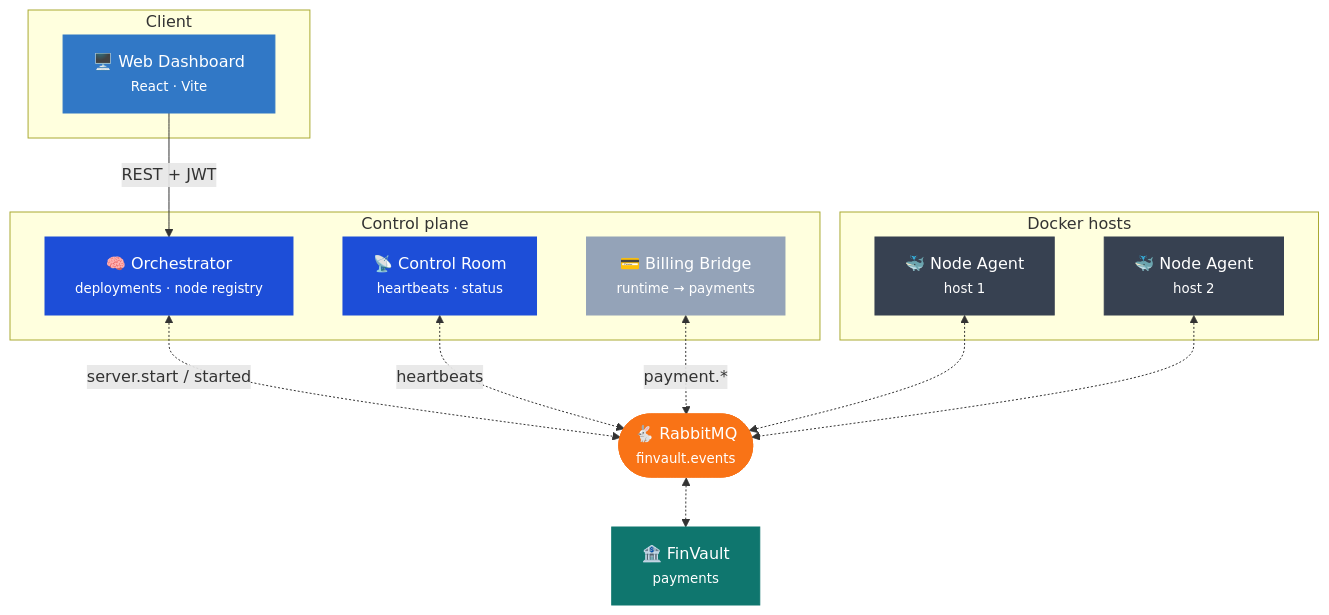
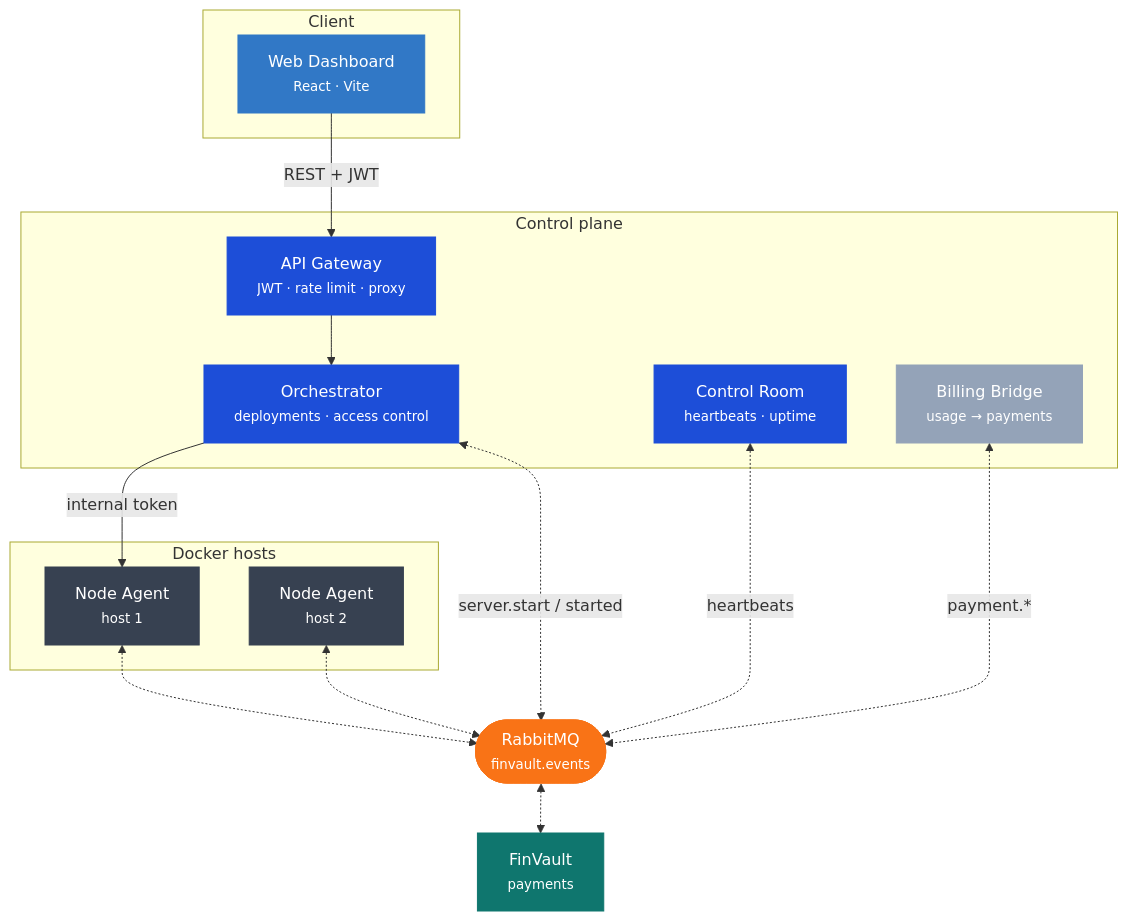
The first of 3 diagrams in README.md (Tombomeke-Studios/NexusInfra), drawn with Mermaid before and after one commit. The commit also changed other lines of this file, not shown here.

````diff
--- a/README.md
+++ b/README.md
@@ -86,37 +129,41 @@
 ```mermaid
 graph TB
     subgraph Client
-        WEB["🖥️ Web Dashboard<br/><small>React · Vite</small>"]
+        WEB["Web Dashboard<br/><small>React · Vite</small>"]
     end
 
     subgraph "Control plane"
-        ORCH["🧠 Orchestrator<br/><small>deployments · node registry</small>"]
-        MON["📡 Control Room<br/><small>heartbeats · status</small>"]
-        BILL["💳 Billing Bridge<br/><small>runtime → payments</small>"]
+        GW["API Gateway<br/><small>JWT · rate limit · proxy</small>"]
+        ORCH["Orchestrator<br/><small>deployments · access control</small>"]
+        MON["Control Room<br/><small>heartbeats · uptime</small>"]
+        BILL["Billing Bridge<br/><small>usage → payments</small>"]
     end
 
     subgraph "Docker hosts"
-        N1["🐳 Node Agent<br/><small>host 1</small>"]
-        N2["🐳 Node Agent<br/><small>host 2</small>"]
+        N1["Node Agent<br/><small>host 1</small>"]
+        N2["Node Agent<br/><small>host 2</small>"]
     end
 
-    RMQ(["🐇 RabbitMQ<br/><small>finvault.events</small>"])
-    FV["🏦 FinVault<br/><small>payments</small>"]
+    RMQ(["RabbitMQ<br/><small>finvault.events</small>"])
+    FV["FinVault<br/><small>payments</small>"]
 
-    WEB -->|REST + JWT| ORCH
+    WEB -->|REST + JWT| GW
+    GW --> ORCH
+    ORCH -->|internal token| N1
     ORCH <-.->|server.start / started| RMQ
     MON <-.->|heartbeats| RMQ
     BILL <-.->|payment.*| RMQ
     N1 <-.-> RMQ
     N2 <-.-> RMQ
     RMQ <-.-> FV
 
     style WEB fill:#3178c6,stroke:#3178c6,color:#fff
+    style GW fill:#1d4ed8,stroke:#1d4ed8,color:#fff
     style ORCH fill:#1d4ed8,stroke:#1d4ed8,color:#fff
     style MON fill:#1d4ed8,stroke:#1d4ed8,color:#fff
     style BILL fill:#94a3b8,stroke:#94a3b8,color:#fff
     style RMQ fill:#f97316,stroke:#f97316,color:#fff
     style FV fill:#0f766e,stroke:#0f766e,color:#fff
     style N1 fill:#374151,stroke:#374151,color:#fff
     style N2 fill:#374151,stroke:#374151,color:#fff
 ```
````
